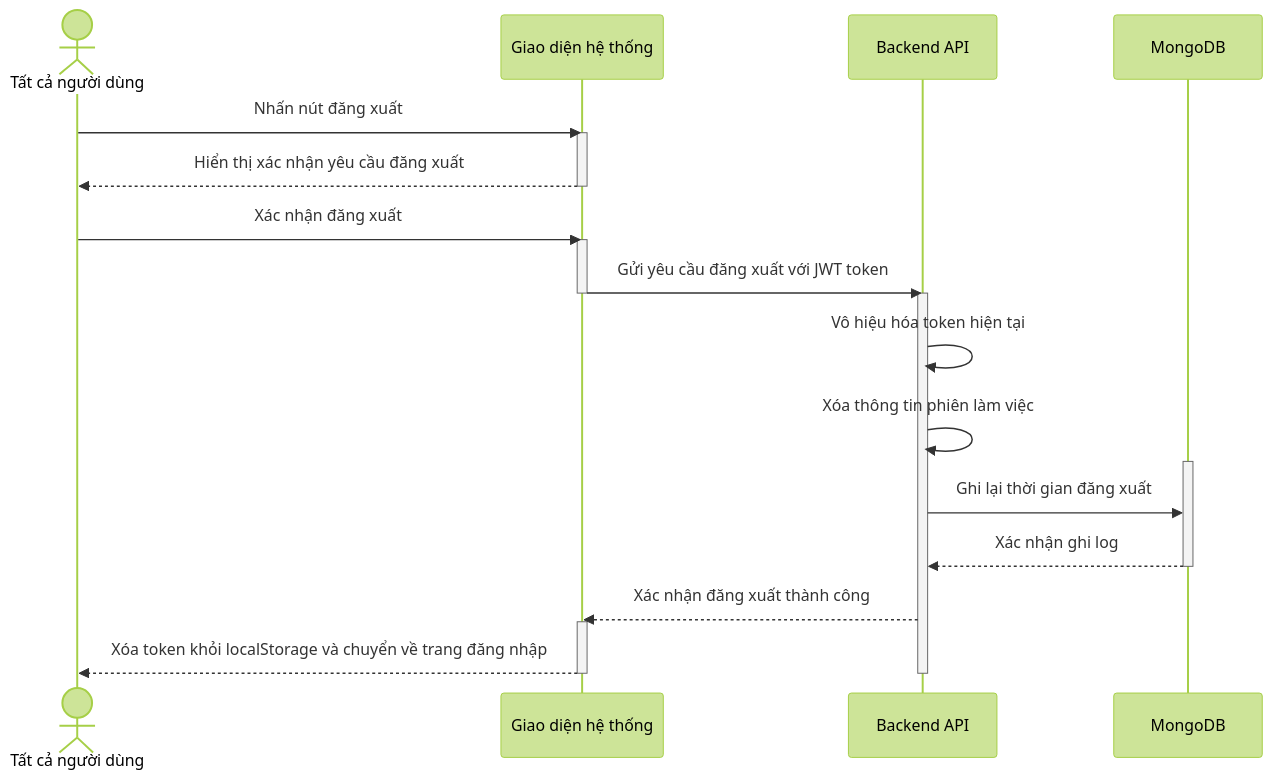
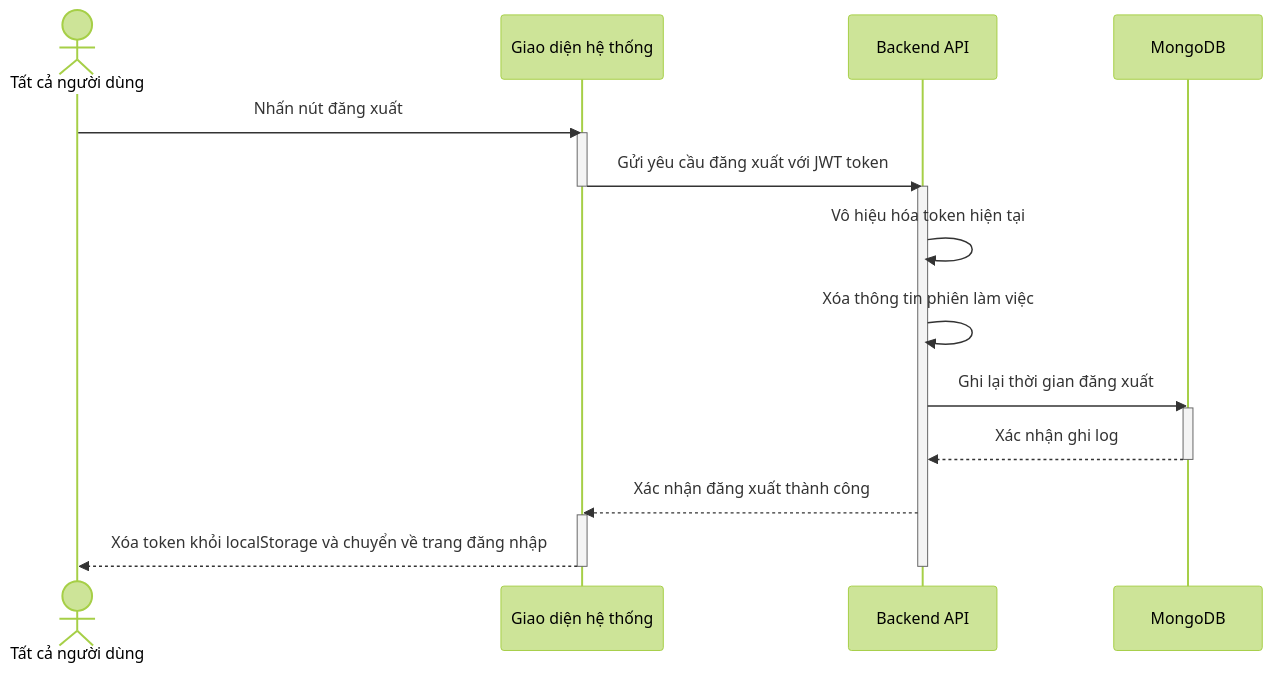
Before and after one commit to Thienpkae/DATN: the fourth of 39 diagrams in Complete_Use_Case_Sequence_Diagrams.md, drawn with Mermaid (forest theme). The commit also changed other lines of this file and 50 other files, not shown here.

````diff
--- a/Complete_Use_Case_Sequence_Diagrams.md
+++ b/Complete_Use_Case_Sequence_Diagrams.md
@@ -320,33 +280,29 @@
 ```mermaid
 sequenceDiagram
     actor User as Tất cả người dùng
     participant UI as Giao diện hệ thống
     participant API as Backend API
     participant DB as MongoDB
 
     User ->> UI: Nhấn nút đăng xuất
     activate UI
-    UI -->> User: Hiển thị xác nhận yêu cầu đăng xuất
-    deactivate UI
-
-    User ->> UI: Xác nhận đăng xuất
-    activate UI
     UI ->> API: Gửi yêu cầu đăng xuất với JWT token
     deactivate UI
 
     activate API
     API ->> API: Vô hiệu hóa token hiện tại
     API ->> API: Xóa thông tin phiên làm việc
 
+    API ->> DB: Ghi lại thời gian đăng xuất
     activate DB
-    API ->> DB: Ghi lại thời gian đăng xuất
     DB -->> API: Xác nhận ghi log
     deactivate DB
 
     API -->> UI: Xác nhận đăng xuất thành công
     activate UI
     UI -->> User: Xóa token khỏi localStorage và chuyển về trang đăng nhập
     deactivate UI
 
     deactivate API
+
 ```
````
